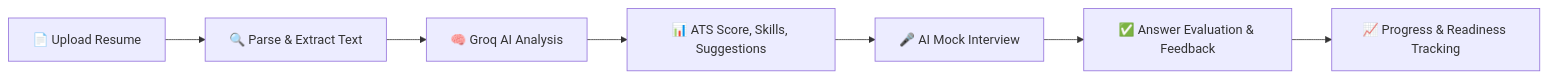
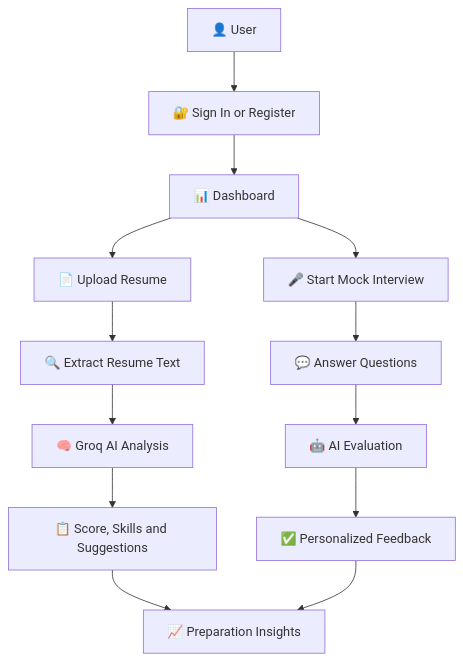
Before and after one commit to YAKSHITH684/Intervux-AI: the diagram in README.md, drawn with Mermaid. The commit also changed other lines of this file, not shown here.

````diff
--- a/README.md
+++ b/README.md
@@ -107,9 +143,15 @@
 ```mermaid
-flowchart LR
-    A[📄 Upload Resume] --> B[🔍 Parse & Extract Text]
-    B --> C[🧠 Groq AI Analysis]
-    C --> D[📊 ATS Score, Skills, Suggestions]
-    D --> E[🎤 AI Mock Interview]
-    E --> F[✅ Answer Evaluation & Feedback]
-    F --> G[📈 Progress & Readiness Tracking]
+flowchart TD
+    A["👤 User"] --> B["🔐 Sign In or Register"]
+    B --> C["📊 Dashboard"]
+    C --> D["📄 Upload Resume"]
+    D --> E["🔍 Extract Resume Text"]
+    E --> F["🧠 Groq AI Analysis"]
+    F --> G["📋 Score, Skills and Suggestions"]
+    C --> H["🎤 Start Mock Interview"]
+    H --> I["💬 Answer Questions"]
+    I --> J["🤖 AI Evaluation"]
+    J --> K["✅ Personalized Feedback"]
+    G --> L["📈 Preparation Insights"]
+    K --> L
 ```
````
